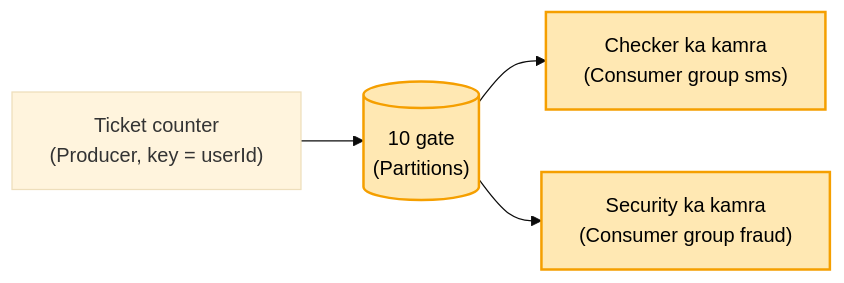
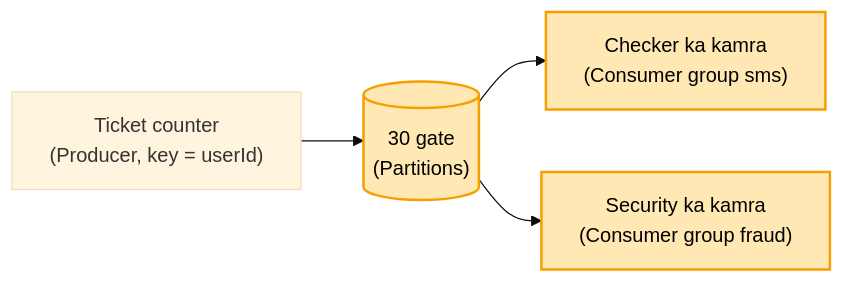
The second of 4 diagrams in 04_HLD/SYSTEM_DESIGNS/12_message_queue_kafka/12_message_queue_kafka.md (ArpanMaheshwari144/Prep), drawn with Mermaid (base theme) before and after one commit. The commit also changed other lines of this file and 7 other files, not shown here.

````diff
--- a/04_HLD/SYSTEM_DESIGNS/12_message_queue_kafka/12_message_queue_kafka.md
+++ b/04_HLD/SYSTEM_DESIGNS/12_message_queue_kafka/12_message_queue_kafka.md
@@ -79,9 +79,9 @@
 ```mermaid
 flowchart LR
-    O["Ticket counter<br/>(Producer, key = userId)"] --> G[("10 gate<br/>(Partitions)")]
+    O["Ticket counter<br/>(Producer, key = userId)"] --> G[("30 gate<br/>(Partitions)")]
     G --> C["Checker ka kamra<br/>(Consumer group sms)"]
     G --> T["Security ka kamra<br/>(Consumer group fraud)"]
     style G fill:#ffe8b3,stroke:#f59f00,stroke-width:2px,color:#000
     style C fill:#ffe8b3,stroke:#f59f00,stroke-width:2px,color:#000
     style T fill:#ffe8b3,stroke:#f59f00,stroke-width:2px,color:#000
 ```
````
